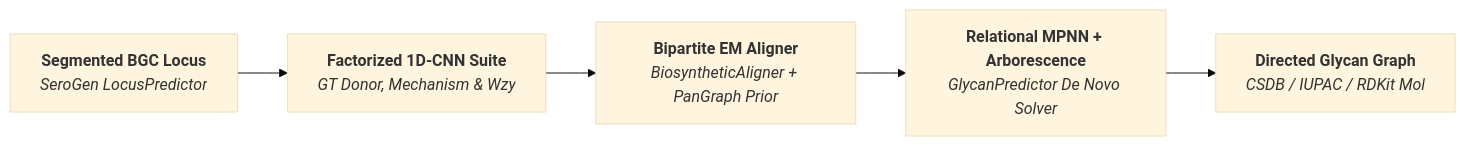
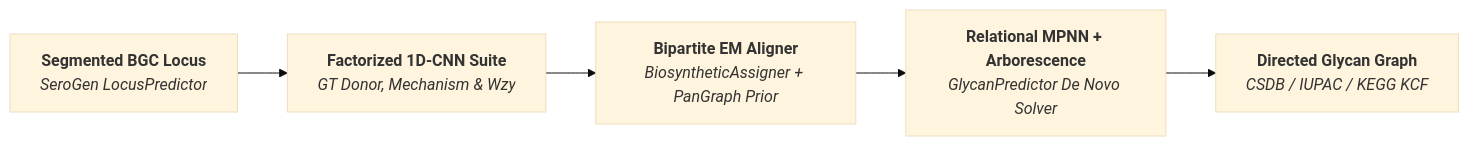
One commit to SeroVerse/KBank changed the diagram in docs/index.md. Above: the diagram before and after it, drawn with Mermaid (base theme). The commit also changed other lines of this file and 37 other files, not shown here.

````diff
--- a/docs/index.md
+++ b/docs/index.md
@@ -58,10 +71,10 @@
 ```mermaid
 flowchart LR
     LOC["<b>Segmented BGC Locus</b><br/><i>SeroGen LocusPredictor</i>"]
     CLS["<b>Factorized 1D-CNN Suite</b><br/><i>GT Donor, Mechanism &amp; Wzy</i>"]
-    ALN["<b>Bipartite EM Aligner</b><br/><i>BiosyntheticAligner + PanGraph Prior</i>"]
+    ALN["<b>Bipartite EM Aligner</b><br/><i>BiosyntheticAssigner + PanGraph Prior</i>"]
     MPNN["<b>Relational MPNN + Arborescence</b><br/><i>GlycanPredictor De Novo Solver</i>"]
-    GLY["<b>Directed Glycan Graph</b><br/><i>CSDB / IUPAC / RDKit Mol</i>"]
+    GLY["<b>Directed Glycan Graph</b><br/><i>CSDB / IUPAC / KEGG KCF</i>"]
 
     LOC --> CLS --> ALN --> MPNN --> GLY
 ```
````
